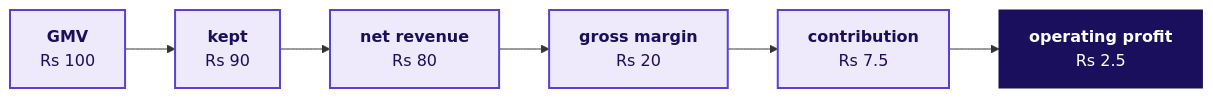
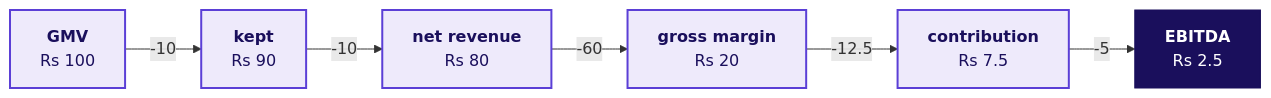
One commit to fde-academy-lab/c2-content-factory changed the third of 18 diagrams in content/W01/D1/slides/C2_W01_D01_half1_STUDENT.md. Above: the diagram before and after it, drawn with Mermaid. The commit also changed other lines of this file and 16 other files, not shown here.

````diff
--- a/content/W01/D1/slides/C2_W01_D01_half1_STUDENT.md
+++ b/content/W01/D1/slides/C2_W01_D01_half1_STUDENT.md
@@ -97,12 +93,12 @@
 ```mermaid
 flowchart LR
-    G["<b>GMV</b><br/>Rs 100"] --> K["<b>kept</b><br/>Rs 90"]
-    K --> N["<b>net revenue</b><br/>Rs 80"]
-    N --> M["<b>gross margin</b><br/>Rs 20"]
-    M --> C["<b>contribution</b><br/>Rs 7.5"]
-    C --> O["<b>operating profit</b><br/>Rs 2.5"]
+    G["<b>GMV</b><br/>Rs 100"] -->|"-10"| K["<b>kept</b><br/>Rs 90"]
+    K -->|"-10"| N["<b>net revenue</b><br/>Rs 80"]
+    N -->|"-60"| M["<b>gross margin</b><br/>Rs 20"]
+    M -->|"-12.5"| C["<b>contribution</b><br/>Rs 7.5"]
+    C -->|"-5"| O["<b>EBITDA</b><br/>Rs 2.5"]
     classDef known fill:#EEEAFB,stroke:#5B3FD6,color:#1A0F5C,stroke-width:2px
-    classDef bet fill:#1A0F5C,stroke:#1A0F5C,color:#FFFFFF
+    classDef dark fill:#1A0F5C,stroke:#1A0F5C,color:#FFFFFF
     class G,K,N,M,C known
-    class O bet
+    class O dark
 ```
````
